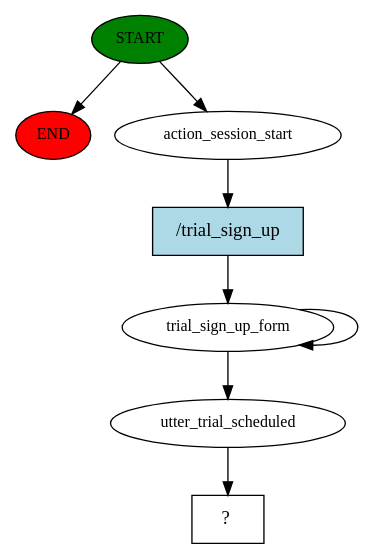
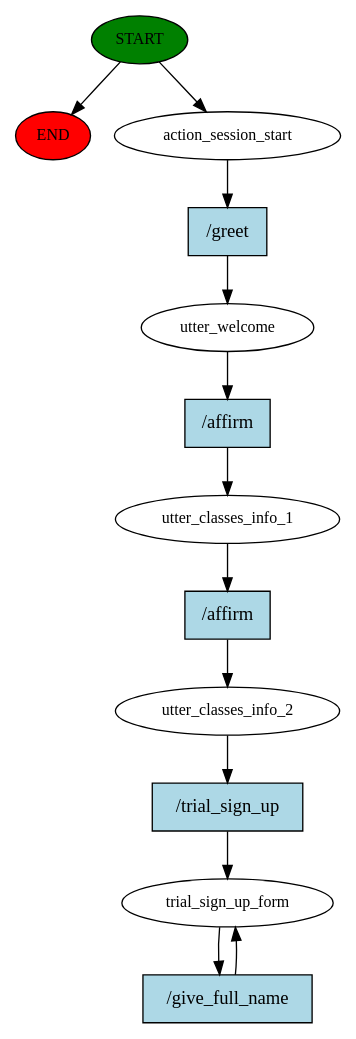
One commit to Gigit-AI-Corporation/rasa changed the diagram in story_graph.dot. Above: the diagram before and after it, drawn with Graphviz. The commit also changed 4 other files, not shown here.

```diff
--- a/story_graph.dot
+++ b/story_graph.dot
@@ -1,16 +1,26 @@
 digraph  {
 0 [class="start active", fillcolor=green, fontsize=12, label=START, style=filled];
 "-1" [class=end, fillcolor=red, fontsize=12, label=END, style=filled];
 1 [class=active, fontsize=12, label=action_session_start];
-2 [class=active, fontsize=12, label=trial_sign_up_form];
-8 [class=active, fontsize=12, label=utter_trial_scheduled];
-9 [class="intent dashed active", label="  ?  ", shape=rect];
+2 [class=active, fontsize=12, label=utter_welcome];
+3 [class=active, fontsize=12, label=utter_classes_info_1];
+4 [class=active, fontsize=12, label=utter_classes_info_2];
+5 [class="active dashed", fontsize=12, label=trial_sign_up_form];
+7 [class="intent active", fillcolor=lightblue, label="/greet", shape=rect, style=filled];
+8 [class="intent active", fillcolor=lightblue, label="/affirm", shape=rect, style=filled];
+9 [class="intent active", fillcolor=lightblue, label="/affirm", shape=rect, style=filled];
 10 [class="intent active", fillcolor=lightblue, label="/trial_sign_up", shape=rect, style=filled];
+11 [class="intent active", fillcolor=lightblue, label="/give_full_name", shape=rect, style=filled];
 0 -> "-1"  [class="", key=NONE, label=""];
 0 -> 1  [class=active, key=NONE, label=""];
-1 -> 10  [class=active, key=0];
-2 -> 2  [class=active, key=NONE, label=""];
-2 -> 8  [class=active, key=NONE, label=""];
-8 -> 9  [class=active, key=NONE, label=""];
-10 -> 2  [class=active, key=0];
+1 -> 7  [class=active, key=0];
+2 -> 8  [class=active, key=0];
+3 -> 9  [class=active, key=0];
+4 -> 10  [class=active, key=0];
+5 -> 11  [class=active, key=0];
+7 -> 2  [class=active, key=0];
+8 -> 3  [class=active, key=0];
+9 -> 4  [class=active, key=0];
+10 -> 5  [class=active, key=0];
+11 -> 5  [class=active, key=0];
 }
```
